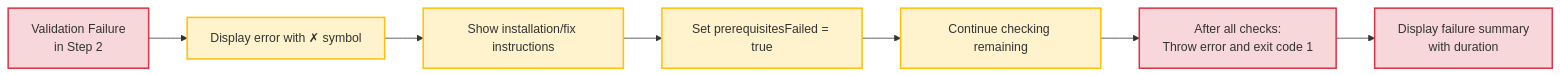
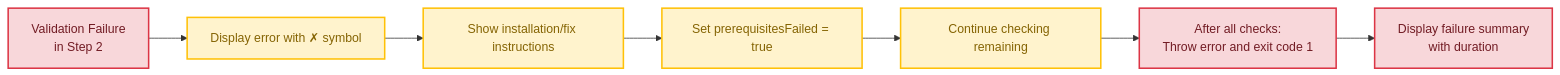
The fifth of 7 diagrams in docs/hooks/VALIDATION-WORKFLOW.md (Evilazaro/Azure-LogicApps-Monitoring), drawn with Mermaid before and after one commit. The commit also changed other lines of this file and 1 other file, not shown here.

Commit message:
Refactor workflow diagrams in SQL Managed Identity Configuration documentation for improved clarity and consistency in styling

````diff
--- a/docs/hooks/VALIDATION-WORKFLOW.md
+++ b/docs/hooks/VALIDATION-WORKFLOW.md
@@ -241,16 +241,16 @@
 ```mermaid
 flowchart LR
     Failure["Validation Failure<br/>in Step 2"]
     Failure --> Display["Display error with ✗ symbol"]
     Display --> Instructions["Show installation/fix instructions"]
     Instructions --> SetFlag["Set prerequisitesFailed = true"]
     SetFlag --> Continue["Continue checking remaining"]
     Continue --> ThrowError["After all checks:<br/>Throw error and exit code 1"]
     ThrowError --> FailureSummary["Display failure summary<br/>with duration"]
 
-    classDef failureClass fill:#f8d7da,stroke:#dc3545,stroke-width:2px
-    classDef processClass fill:#fff3cd,stroke:#ffc107,stroke-width:2px
+    classDef failureClass fill:#f8d7da,stroke:#dc3545,stroke-width:2px,color:#721c24
+    classDef processClass fill:#fff3cd,stroke:#ffc107,stroke-width:2px,color:#856404
 
     class Failure,ThrowError,FailureSummary failureClass
     class Display,Instructions,SetFlag,Continue processClass
 ```
````
